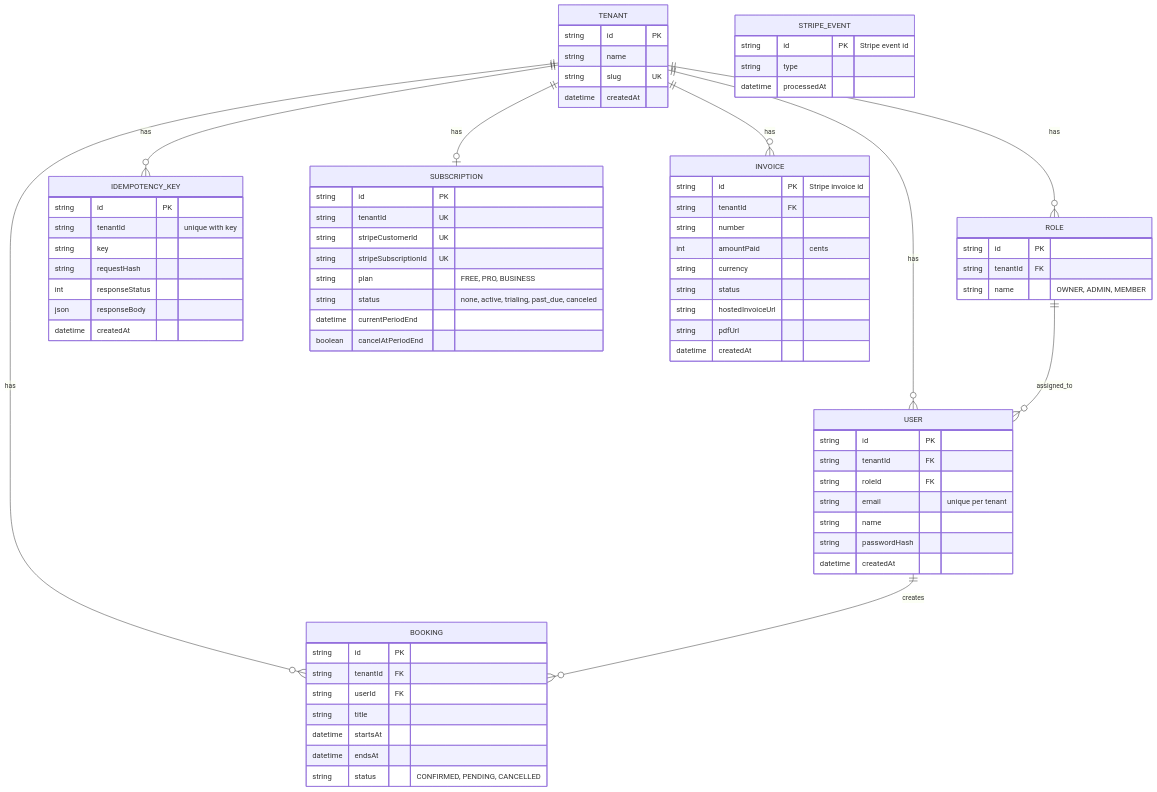
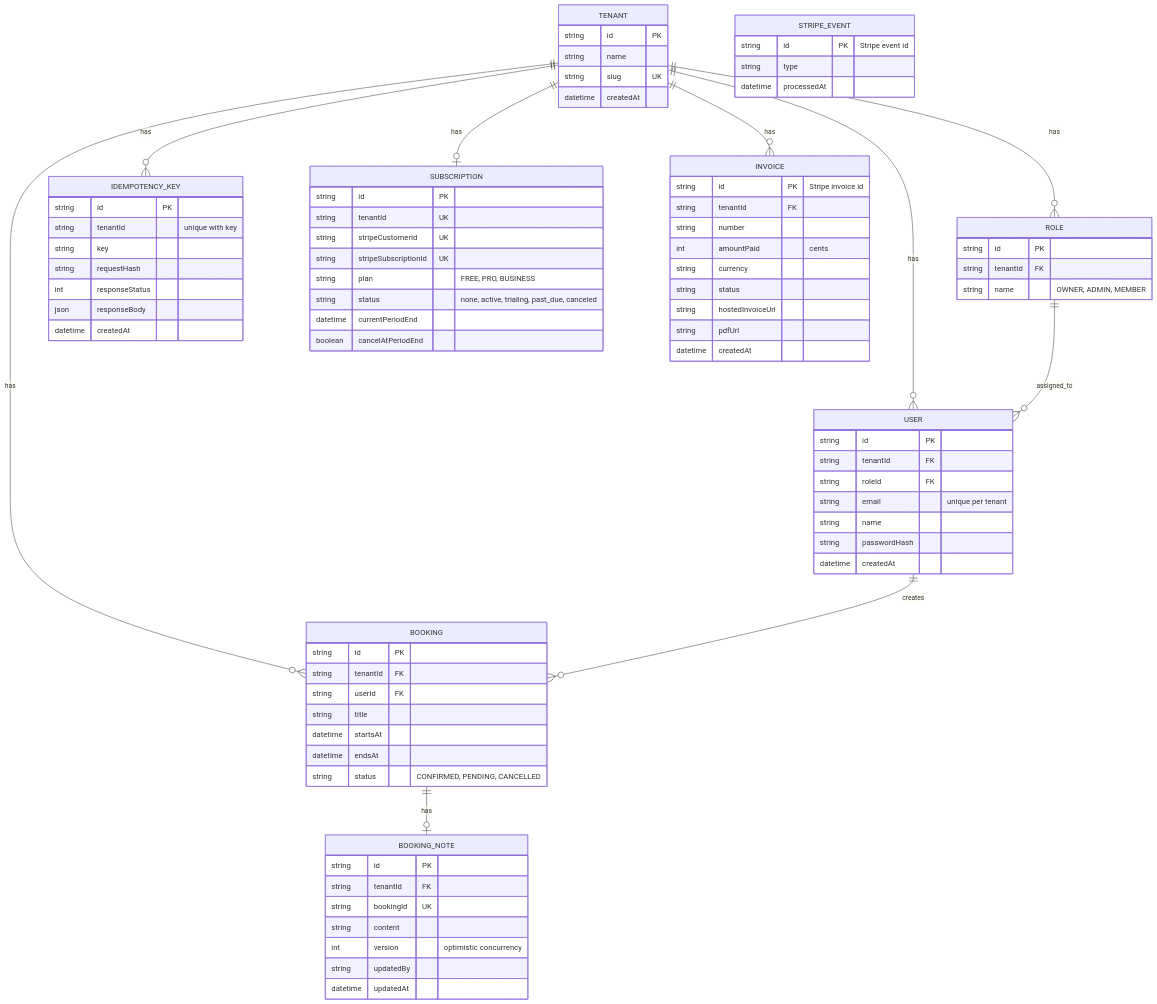
Before and after one commit to Tooba-Tanvir/tenantbook: the third of 4 diagrams in README.md, drawn with Mermaid. The commit also changed other lines of this file and 15 other files, not shown here.

```diff
--- a/README.md
+++ b/README.md
@@ -155,6 +238,7 @@
   TENANT ||--o{ INVOICE : has
   ROLE ||--o{ USER : assigned_to
   USER ||--o{ BOOKING : creates
+  BOOKING ||--o| BOOKING_NOTE : has
 
   TENANT {
     string id PK
@@ -184,6 +268,15 @@
     datetime startsAt
     datetime endsAt
     string status "CONFIRMED, PENDING, CANCELLED"
+  }
+  BOOKING_NOTE {
+    string id PK
+    string tenantId FK
+    string bookingId UK
+    string content
+    int version "optimistic concurrency"
+    string updatedBy
+    datetime updatedAt
   }
   IDEMPOTENCY_KEY {
     string id PK
```
